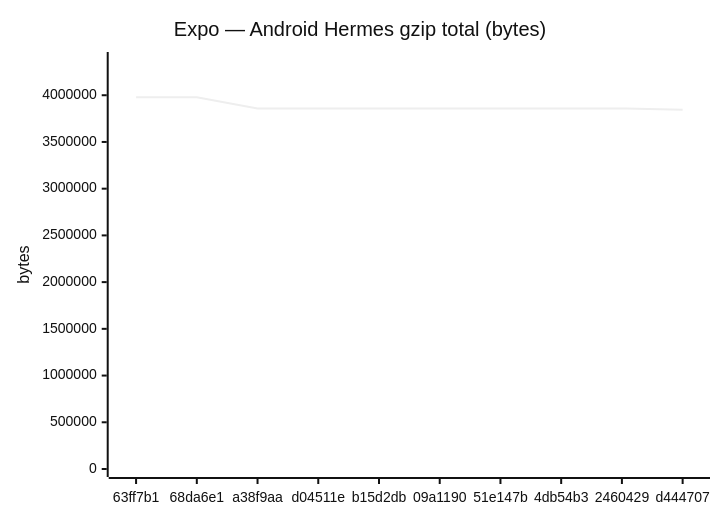
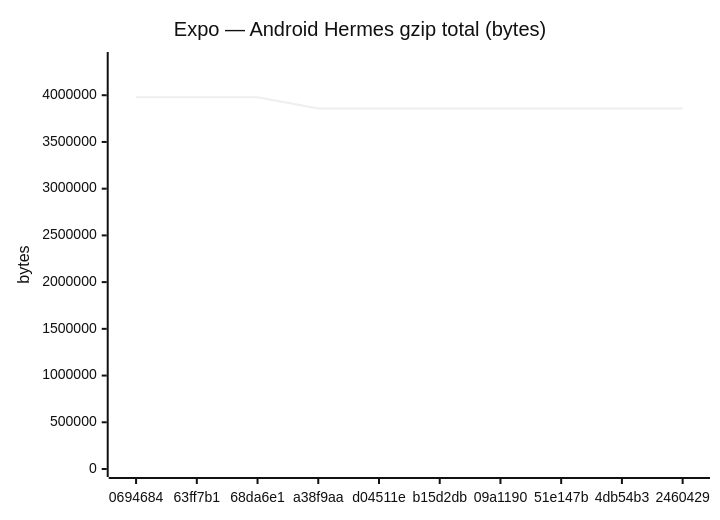
One commit to Metaheurist/Rianell changed the fifth of 18 diagrams in benchmarks/compare.md. Above: the diagram before and after it, drawn with Mermaid (neutral theme). The commit also changed other lines of this file and 11 other files, not shown here.

````diff
--- a/benchmarks/compare.md
+++ b/benchmarks/compare.md
@@ -89,7 +89,7 @@
 ```mermaid
 xychart-beta
     title "Expo — Android Hermes gzip total (bytes)"
-    x-axis ["63ff7b1", "68da6e1", "a38f9aa", "d04511e", "b15d2db", "09a1190", "51e147b", "4db54b3", "2460429", "d444707"]
+    x-axis ["0694684", "63ff7b1", "68da6e1", "a38f9aa", "d04511e", "b15d2db", "09a1190", "51e147b", "4db54b3", "2460429"]
     y-axis "bytes" 0 --> 4377096
-    line [3979178, 3979178, 3858192, 3858192, 3858195, 3858763, 3858763, 3858762, 3858764, 3845905]
+    line [3979178, 3979178, 3979178, 3858192, 3858192, 3858195, 3858763, 3858763, 3858762, 3858764]
 ```
````
